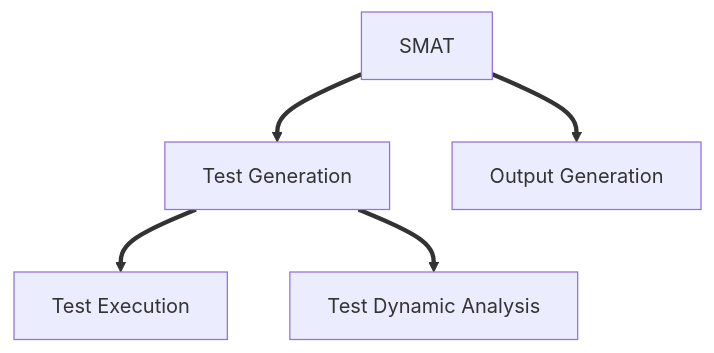
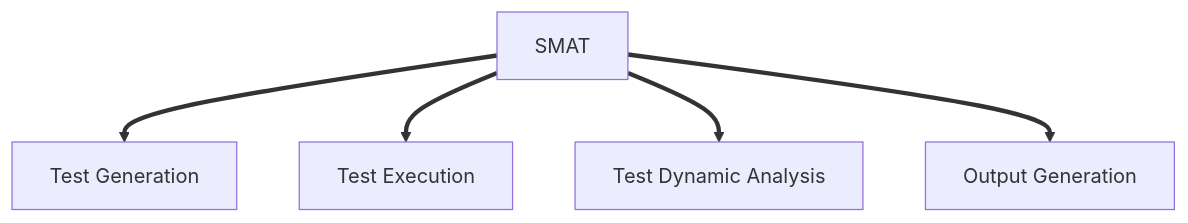
One commit to spgroup/SMAT changed the first of 5 diagrams in docs/architecture.md. Above: the diagram before and after it, drawn with Mermaid. The commit also changed other lines of this file, not shown here.

````diff
--- a/docs/architecture.md
+++ b/docs/architecture.md
@@ -9,7 +9,7 @@
 ```mermaid
 graph TD
     A[SMAT] ==> B[Test Generation]
-    B ==> C[Test Execution]
-    B ==> D[Test Dynamic Analysis]
+    A ==> C[Test Execution]
+    A ==> D[Test Dynamic Analysis]
     A ==> E[Output Generation]
 ```
````
